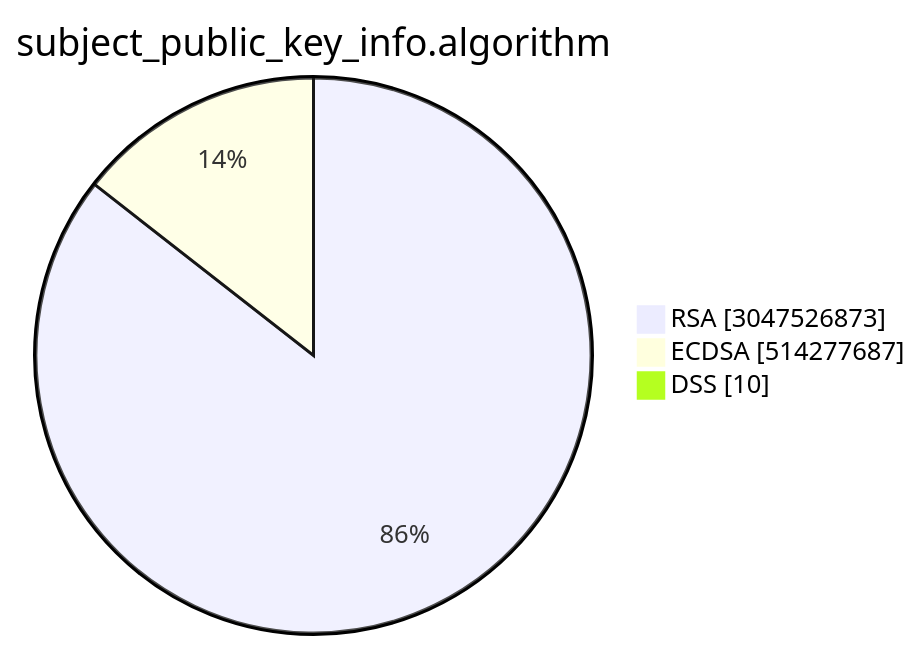
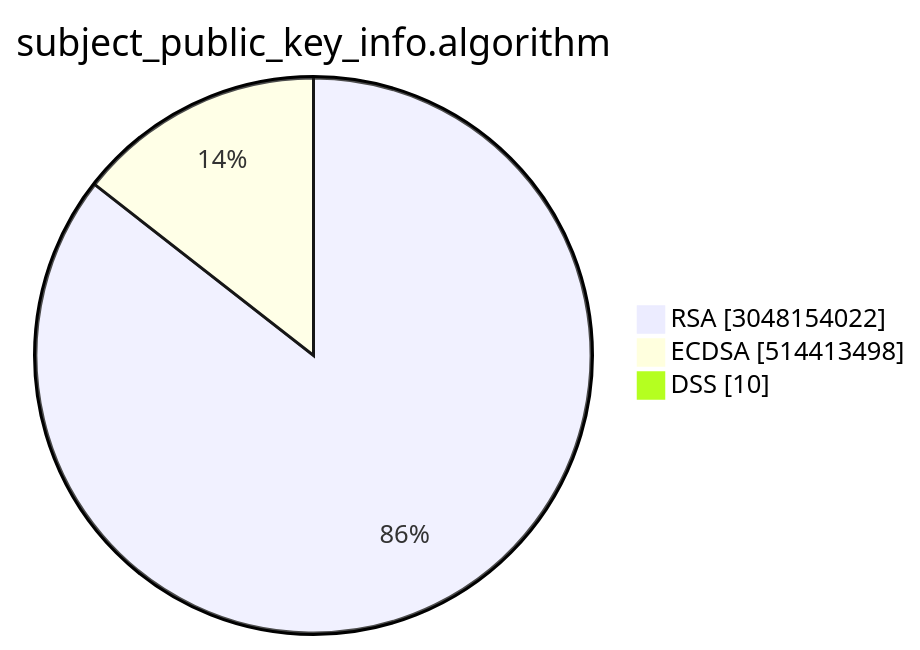
Before and after one commit to christiankrug/ctmonitor_visualization: the second of 15 diagrams in TOTAL/README.md, drawn with Mermaid. The commit also changed other lines of this file, not shown here.

````diff
--- a/TOTAL/README.md
+++ b/TOTAL/README.md
@@ -6,7 +6,7 @@
 ```mermaid
 pie showData
 title subject_public_key_info.algorithm
-"RSA" :3047526873
-"ECDSA" :514277687
+"RSA" :3048154022
+"ECDSA" :514413498
 "DSS" :10
 ```
````
